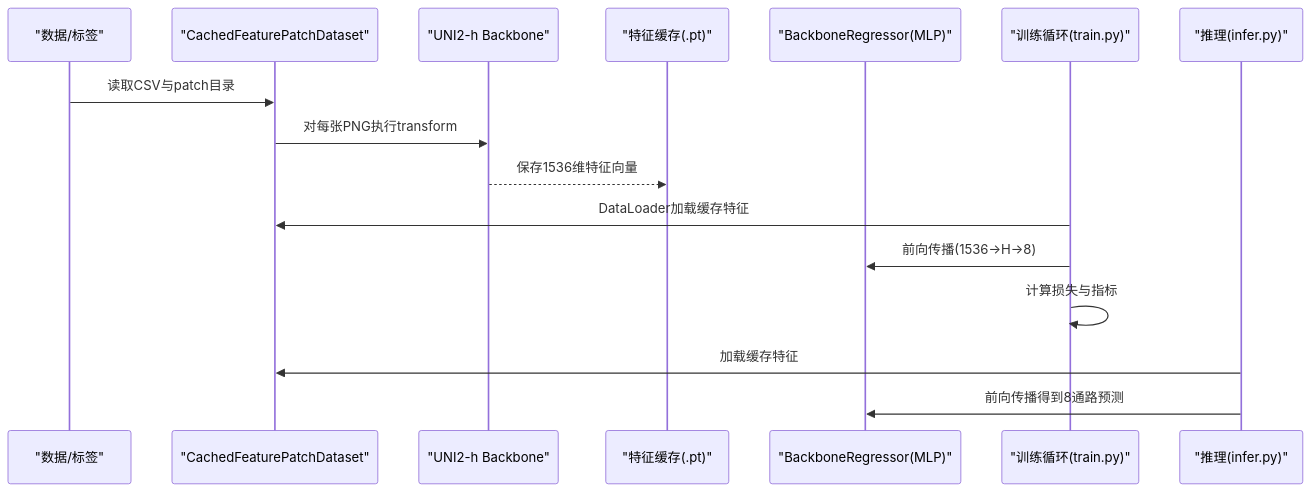
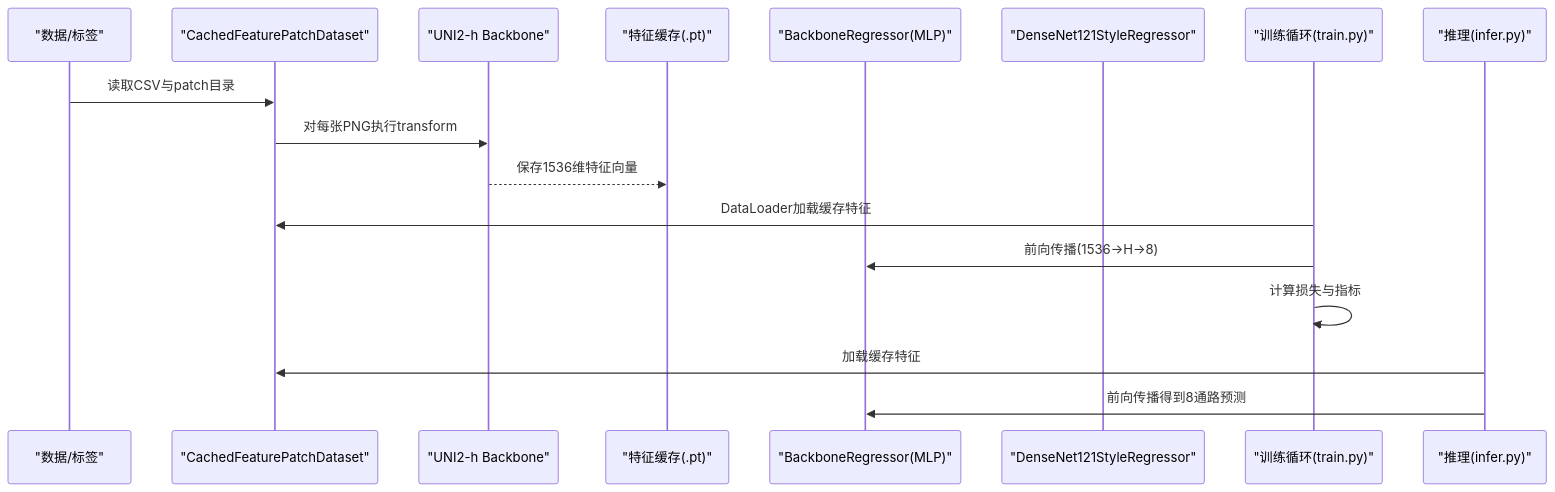
One commit to qzs610038-star/AI-esophagus-cancer-basedon-HF-HT changed the second of 6 diagrams in .qoder/repowiki/zh/content/模型架构系统/UNI2-h+MLP模型架构.md. Above: the diagram before and after it, drawn with Mermaid. The commit also changed other lines of this file and 14 other files, not shown here.

````diff
--- a/.qoder/repowiki/zh/content/模型架构系统/UNI2-h+MLP模型架构.md
+++ b/.qoder/repowiki/zh/content/模型架构系统/UNI2-h+MLP模型架构.md
@@ -129,18 +135,19 @@
 ```mermaid
 sequenceDiagram
 participant Data as "数据/标签"
 participant Loader as "CachedFeaturePatchDataset"
 participant UNI2 as "UNI2-h Backbone"
 participant Cache as "特征缓存(.pt)"
 participant MLP as "BackboneRegressor(MLP)"
+participant DenseNet as "DenseNet121StyleRegressor"
 participant Train as "训练循环(train.py)"
 participant Infer as "推理(infer.py)"
 Data->>Loader : 读取CSV与patch目录
 Loader->>UNI2 : 对每张PNG执行transform
 UNI2-->>Cache : 保存1536维特征向量
 Train->>Loader : DataLoader加载缓存特征
 Train->>MLP : 前向传播(1536->H->8)
 Train->>Train : 计算损失与指标
 Infer->>Loader : 加载缓存特征
 Infer->>MLP : 前向传播得到8通路预测
 ```
````
